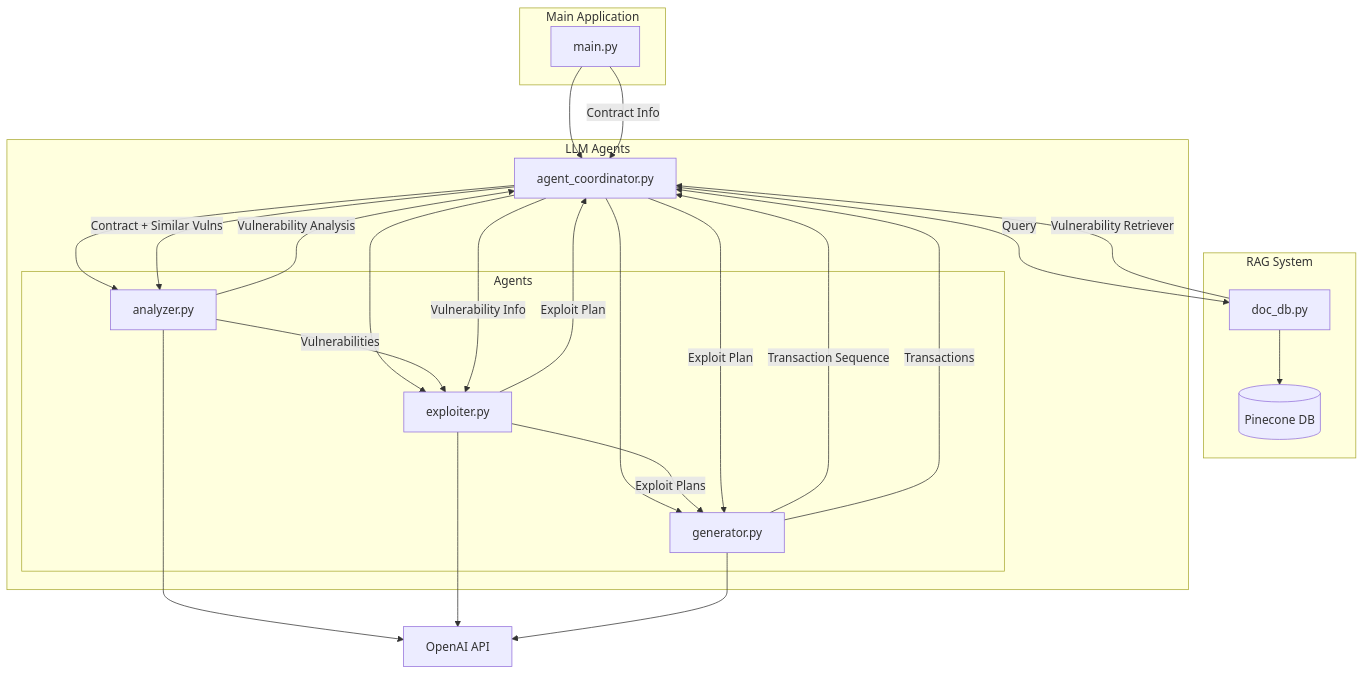
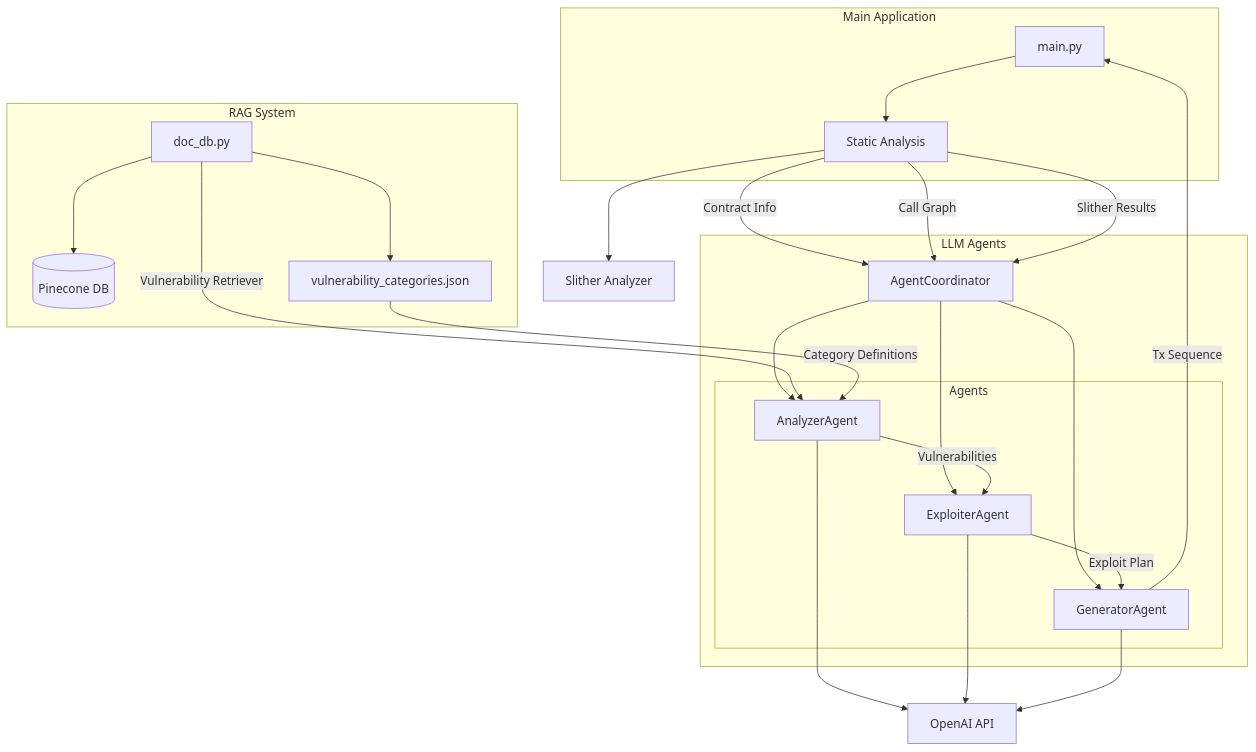
The diagram in README.md (videv93/fyp-fr), drawn with Mermaid before and after one commit. The commit also changed other lines of this file, not shown here.

````diff
--- a/README.md
+++ b/README.md
@@ -19,58 +19,55 @@
 ```mermaid
 graph TB
     subgraph Main Application
         main[main.py]
+        static[Static Analysis]
     end
 
     subgraph RAG System
         doc_db[doc_db.py]
         pinecone[(Pinecone DB)]
+        vuln_json[vulnerability_categories.json]
         doc_db --> pinecone
+        doc_db --> vuln_json
     end
 
     subgraph LLM Agents
-        coordinator[agent_coordinator.py]
+        coordinator[AgentCoordinator]
         subgraph Agents
-            analyzer[analyzer.py]
-            exploiter[exploiter.py]
-            generator[generator.py]
+            analyzer[AnalyzerAgent]
+            exploiter[ExploiterAgent]
+            generator[GeneratorAgent]
         end
 
         coordinator --> analyzer
         coordinator --> exploiter
         coordinator --> generator
     end
 
     %% External Dependencies
     openai[OpenAI API]
+    slither[Slither Analyzer]
 
-    %% Main Flow
-    main --> coordinator
-
-    %% RAG Flow
-    doc_db -- Vulnerability Retriever --> coordinator
-    coordinator -- Query --> doc_db
-
-    %% Agent Flow
+    %% Data Flow
+    main --> static
+    static -->|Contract Info| coordinator
+    static -->|Call Graph| coordinator
+    static -->|Slither Results| coordinator
+    
+    doc_db -->|Vulnerability Retriever| analyzer
+    vuln_json -->|Category Definitions| analyzer
+    
+    analyzer -->|Vulnerabilities| exploiter
+    exploiter -->|Exploit Plan| generator
+    generator -->|Tx Sequence| main
+    
+    %% Component Interactions
     analyzer --> openai
     exploiter --> openai
     generator --> openai
+    static --> slither
 
-    %% Data Flow
-    main -- Contract Info --> coordinator
-    analyzer -- Vulnerabilities --> exploiter
-    exploiter -- Exploit Plans --> generator
-    generator -- Transaction Sequence --> coordinator
-
-    %% Agent Communication
-    coordinator -- Contract + Similar Vulns --> analyzer
-    analyzer -- Vulnerability Analysis --> coordinator
-    coordinator -- Vulnerability Info --> exploiter
-    exploiter -- Exploit Plan --> coordinator
-    coordinator -- Exploit Plan --> generator
-    generator -- Transactions --> coordinator
-
-    class main,coordinator,analyzer,exploiter,generator component
-    class openai external
+    class main,static,coordinator,analyzer,exploiter,generator component
+    class openai,slither external
     class pinecone database
 ```
````
